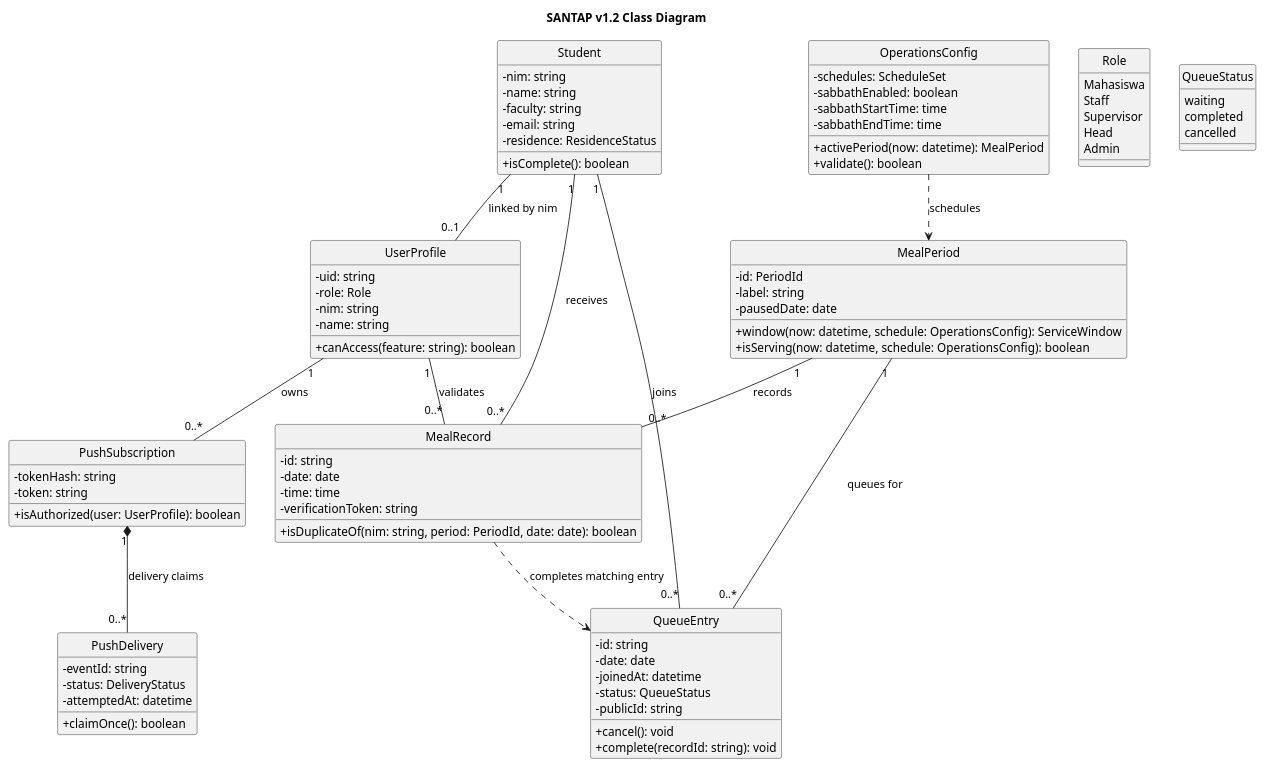
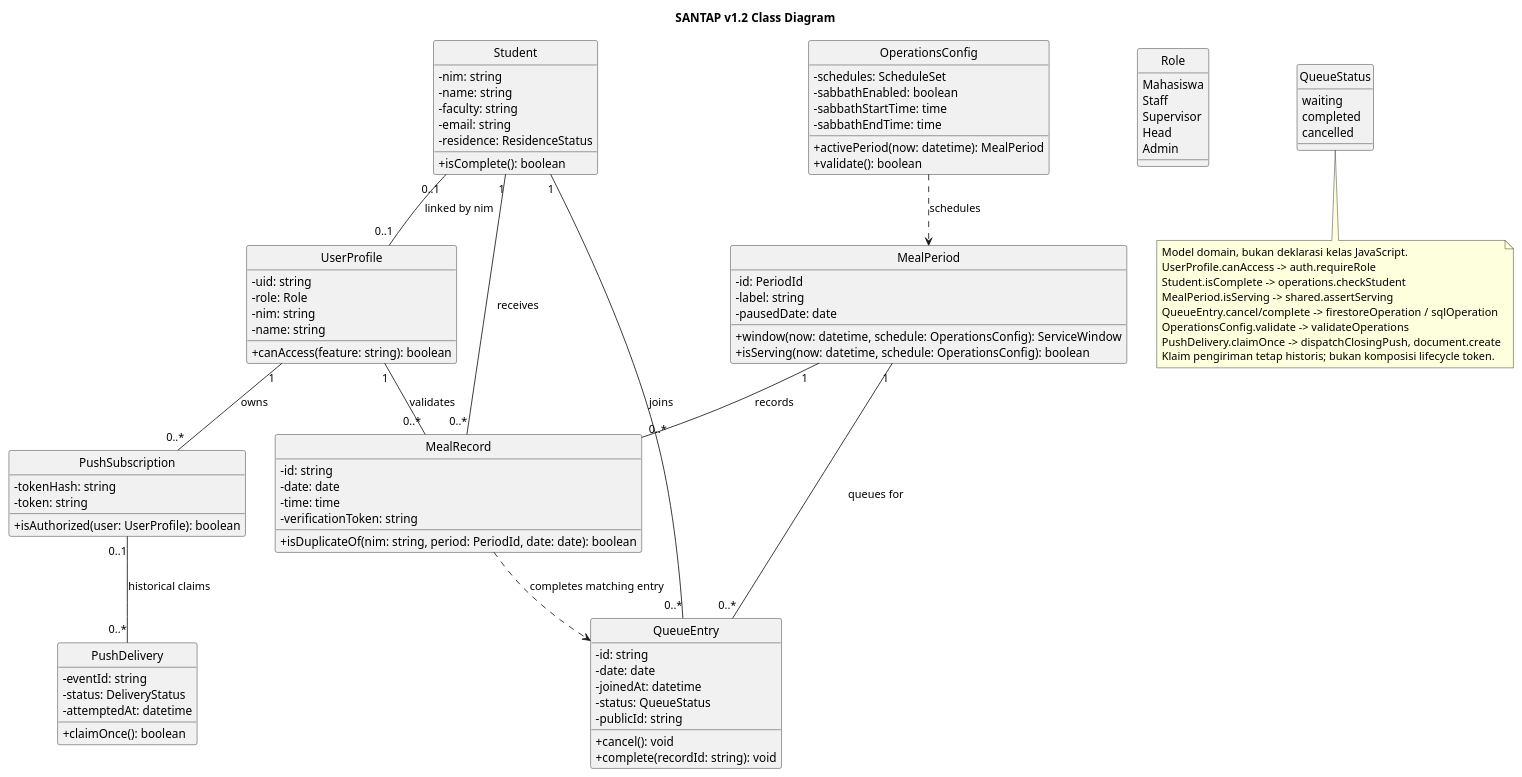
One commit to deedisini/santap-react changed the diagram in docs/models/SANTAP_V1_2_CLASS.puml. Above: the diagram before and after it, drawn with PlantUML. The commit also changed 87 other files, not shown here.

```diff
--- a/docs/models/SANTAP_V1_2_CLASS.puml
+++ b/docs/models/SANTAP_V1_2_CLASS.puml
@@ -1,95 +1,105 @@
 @startuml
 title SANTAP v1.2 Class Diagram
 hide circle
 skinparam classAttributeIconSize 0
 
 class UserProfile {
   -uid: string
   -role: Role
   -nim: string
   -name: string
   +canAccess(feature: string): boolean
 }
 
 class Student {
   -nim: string
   -name: string
   -faculty: string
   -email: string
   -residence: ResidenceStatus
   +isComplete(): boolean
 }
 
 class MealPeriod {
   -id: PeriodId
   -label: string
   -pausedDate: date
   +window(now: datetime, schedule: OperationsConfig): ServiceWindow
   +isServing(now: datetime, schedule: OperationsConfig): boolean
 }
 
 class QueueEntry {
   -id: string
   -date: date
   -joinedAt: datetime
   -status: QueueStatus
   -publicId: string
   +cancel(): void
   +complete(recordId: string): void
 }
 
 class MealRecord {
   -id: string
   -date: date
   -time: time
   -verificationToken: string
   +isDuplicateOf(nim: string, period: PeriodId, date: date): boolean
 }
 
 class OperationsConfig {
   -schedules: ScheduleSet
   -sabbathEnabled: boolean
   -sabbathStartTime: time
   -sabbathEndTime: time
   +activePeriod(now: datetime): MealPeriod
   +validate(): boolean
 }
 
 class PushSubscription {
   -tokenHash: string
   -token: string
   +isAuthorized(user: UserProfile): boolean
 }
 
 class PushDelivery {
   -eventId: string
   -status: DeliveryStatus
   -attemptedAt: datetime
   +claimOnce(): boolean
 }
 
 enum Role {
   Mahasiswa
   Staff
   Supervisor
   Head
   Admin
 }
 
 enum QueueStatus {
   waiting
   completed
   cancelled
 }
 
-Student "1" -- "0..1" UserProfile : linked by nim
+Student "0..1" -- "0..1" UserProfile : linked by nim
 Student "1" -- "0..*" QueueEntry : joins
 Student "1" -- "0..*" MealRecord : receives
 MealPeriod "1" -- "0..*" QueueEntry : queues for
 MealPeriod "1" -- "0..*" MealRecord : records
 UserProfile "1" -- "0..*" MealRecord : validates
 UserProfile "1" -- "0..*" PushSubscription : owns
-PushSubscription "1" *-- "0..*" PushDelivery : delivery claims
+PushSubscription "0..1" -- "0..*" PushDelivery : historical claims
 OperationsConfig ..> MealPeriod : schedules
 MealRecord ..> QueueEntry : completes matching entry
+note bottom
+  Model domain, bukan deklarasi kelas JavaScript.
+  UserProfile.canAccess -> auth.requireRole
+  Student.isComplete -> operations.checkStudent
+  MealPeriod.isServing -> shared.assertServing
+  QueueEntry.cancel/complete -> firestoreOperation / sqlOperation
+  OperationsConfig.validate -> validateOperations
+  PushDelivery.claimOnce -> dispatchClosingPush, document.create
+  Klaim pengiriman tetap historis; bukan komposisi lifecycle token.
+end note
 @enduml
```
